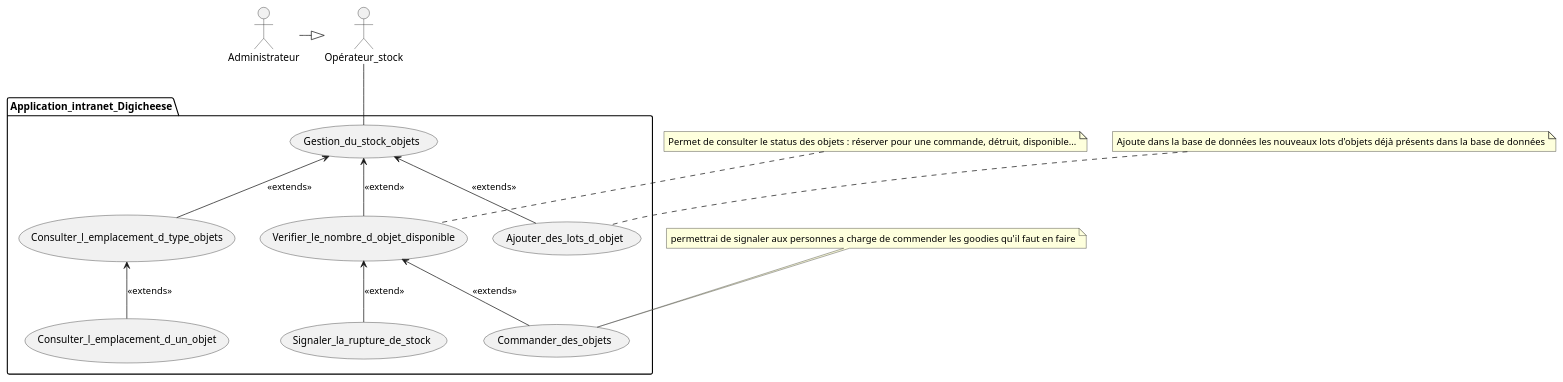
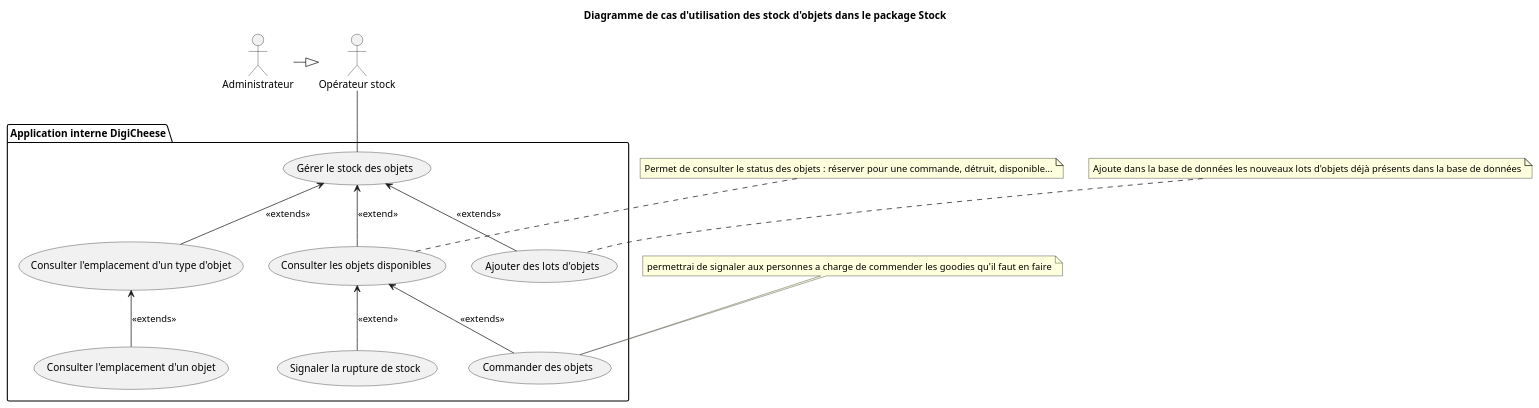
The diagram in Cas_d_utilisation/Cas_utilisation_gestion_stock_objet.puml (Bluwen/Conception_d_une_application_informatique), drawn with PlantUML before and after one commit. The commit also changed 11 other files, not shown here.

Commit message:
Mise au points du vocabulaire des diagrammes

```diff
--- a/Cas_d_utilisation/Cas_utilisation_gestion_stock_objet.puml
+++ b/Cas_d_utilisation/Cas_utilisation_gestion_stock_objet.puml
@@ -1,47 +1,49 @@
-@startuml Cas d'utilisation gestion des stocks objets
+@startuml Cas d'utilisation de la gestion des stocks objets
 
-actor Opérateur_stock
-actor Administrateur
+actor "Opérateur stock"
+actor "Administrateur"
 
-package Application_intranet_Digicheese {
+package "Application interne DigiCheese" {
     
     'usecase Ajouter_un_nouvel_objet
     'usecase Modifier_les_données_d_un_objet
 
-    usecase Gestion_du_stock_objets
+    usecase "Gérer le stock des objets"
     
-    usecase Verifier_le_nombre_d_objet_disponible
-    usecase Signaler_la_rupture_de_stock
-    usecase Commander_des_objets
+    usecase "Consulter les objets disponibles"
+    usecase "Signaler la rupture de stock"
+    usecase "Commander des objets"
 
-    usecase Consulter_l_emplacement_d_type_objets
-    usecase Consulter_l_emplacement_d_un_objet
+    usecase "Consulter l'emplacement d'un type d'objet"
+    usecase "Consulter l'emplacement d'un objet"
 
-    usecase Ajouter_des_lots_d_objet
+    usecase "Ajouter des lots d'objets"
 
 }
 
-Administrateur -|> Opérateur_stock
+"Administrateur" -|> "Opérateur stock"
 
-'Administrateur -- Ajouter_un_nouvel_objet
-'Administrateur -- Modifier_les_données_d_un_objet
+'"Administrateur" -- Ajouter_un_nouvel_objet
+'"Administrateur" -- Modifier_les_données_d_un_objet
 
-Opérateur_stock -- Gestion_du_stock_objets
-Gestion_du_stock_objets <-- Verifier_le_nombre_d_objet_disponible : <<extend>>
-Verifier_le_nombre_d_objet_disponible <-- Signaler_la_rupture_de_stock : <<extend>>
-Verifier_le_nombre_d_objet_disponible <-- Commander_des_objets : <<extends>>
+"Opérateur stock" -- "Gérer le stock des objets"
+"Gérer le stock des objets" <-- "Consulter les objets disponibles" : <<extend>>
+"Consulter les objets disponibles" <-- "Signaler la rupture de stock" : <<extend>>
+"Consulter les objets disponibles" <-- "Commander des objets" : <<extends>>
 
-Gestion_du_stock_objets <-- Consulter_l_emplacement_d_type_objets : <<extends>>
-Consulter_l_emplacement_d_type_objets <-- Consulter_l_emplacement_d_un_objet : <<extends>>
+"Gérer le stock des objets" <-- "Consulter l'emplacement d'un type d'objet" : <<extends>>
+"Consulter l'emplacement d'un type d'objet" <-- "Consulter l'emplacement d'un objet" : <<extends>>
 
-Gestion_du_stock_objets <-- Ajouter_des_lots_d_objet : <<extends>>
+"Gérer le stock des objets" <-- "Ajouter des lots d'objets" : <<extends>>
 
 note "Permet de consulter le status des objets : réserver pour une commande, détruit, disponible..." as N1
-N1 .. Verifier_le_nombre_d_objet_disponible
+N1 .. "Consulter les objets disponibles"
 
 note "permettrai de signaler aux personnes a charge de commender les goodies qu'il faut en faire" as N2
-N2 .. Commander_des_objets
+N2 .. "Commander des objets"
 
 note "Ajoute dans la base de données les nouveaux lots d'objets déjà présents dans la base de données" as N3
-N3 .. Ajouter_des_lots_d_objet
+N3 .. "Ajouter des lots d'objets"
+
+title Diagramme de cas d'utilisation des stock d'objets dans le package Stock
 @enduml
```
